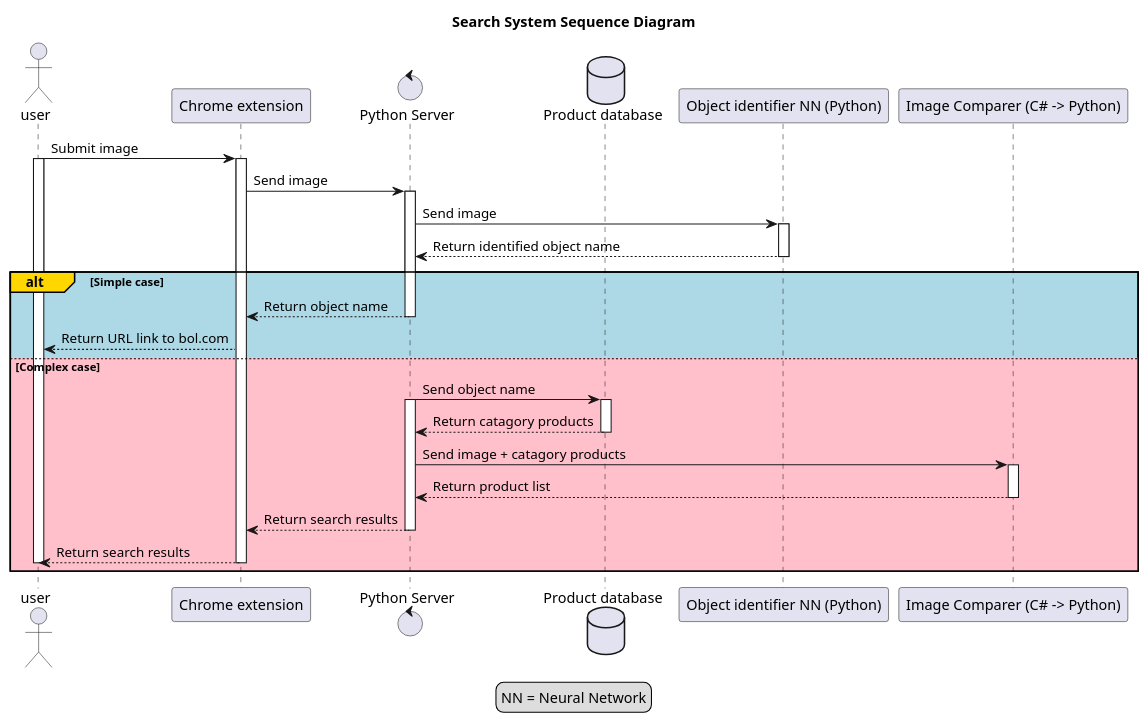
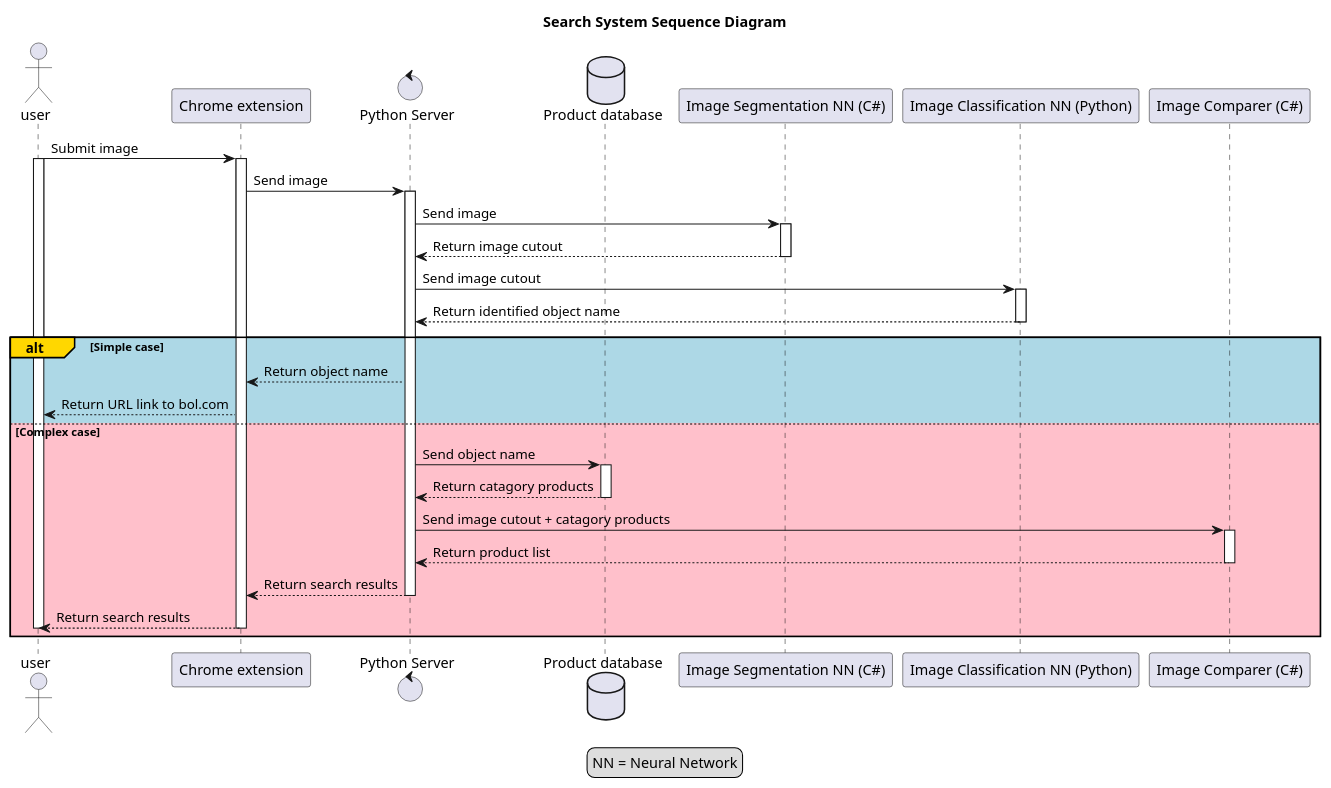
One commit to RemonZander/Project-D changed the diagram in Documentation/SequenceDiagrams/SequenceDiagram.plantuml. Above: the diagram before and after it, drawn with PlantUML.

Commit message:
Updated Search System Sequence Diagram

```diff
--- a/Documentation/SequenceDiagrams/SequenceDiagram.plantuml
+++ b/Documentation/SequenceDiagrams/SequenceDiagram.plantuml
@@ -1,50 +1,57 @@
 @startuml
 
 title **Search System Sequence Diagram**
 
 actor user as usr
 participant "Chrome extension" as ext
-control "Python Server" as csh
+control "Python Server" as psv
 database "Product database" as db
-participant "Object identifier NN (Python)" as obj
-participant "Image Comparer (C# -> Python)" as img
+participant "Image Segmentation NN (C#)" as sgm
+participant "Image Classification NN (Python)" as obj
+participant "Image Comparer (C#)" as img
 
 usr -> ext: Submit image
 activate usr
 activate ext
-ext -> csh: Send image
-activate csh
-csh -> obj: Send image
+ext -> psv: Send image
+activate psv
+psv -> sgm: Send image
+activate sgm
+sgm --> psv: Return image cutout
+deactivate sgm
+psv -> obj: Send image cutout
 activate obj
 
-obj --> csh: Return identified object name
+obj --> psv: Return identified object name
 deactivate obj
 
 alt#Gold #LightBlue Simple case
-    csh --> ext: Return object name
-    deactivate csh
+    psv --> ext: Return object name
+
     ext --> usr: Return URL link to bol.com
 
 else #Pink Complex case
-    csh -> db: Send object name
-    activate csh
+    psv -> db: Send object name
+
     activate db
-    db --> csh: Return catagory products
+    db --> psv: Return catagory products
     deactivate db
-    csh -> img: Send image + catagory products
+
+    psv -> img: Send image cutout + catagory products
     activate img
     
-    img --> csh: Return product list
+    img --> psv: Return product list
     deactivate img
 
-    csh --> ext: Return search results
-    deactivate csh
+    psv --> ext: Return search results
+    deactivate psv
+
     ext --> usr: Return search results
     deactivate ext
     deactivate usr
 
     legend
      NN = Neural Network
 endlegend
 end
 @enduml
```
